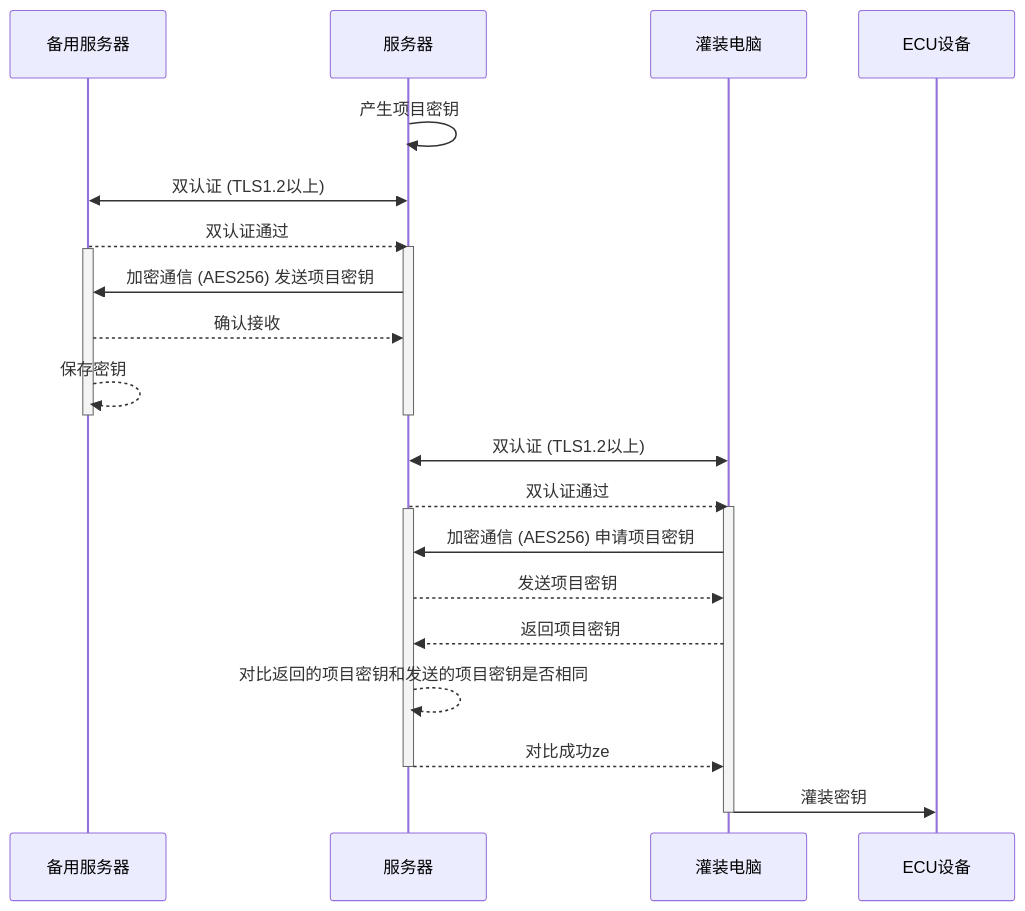
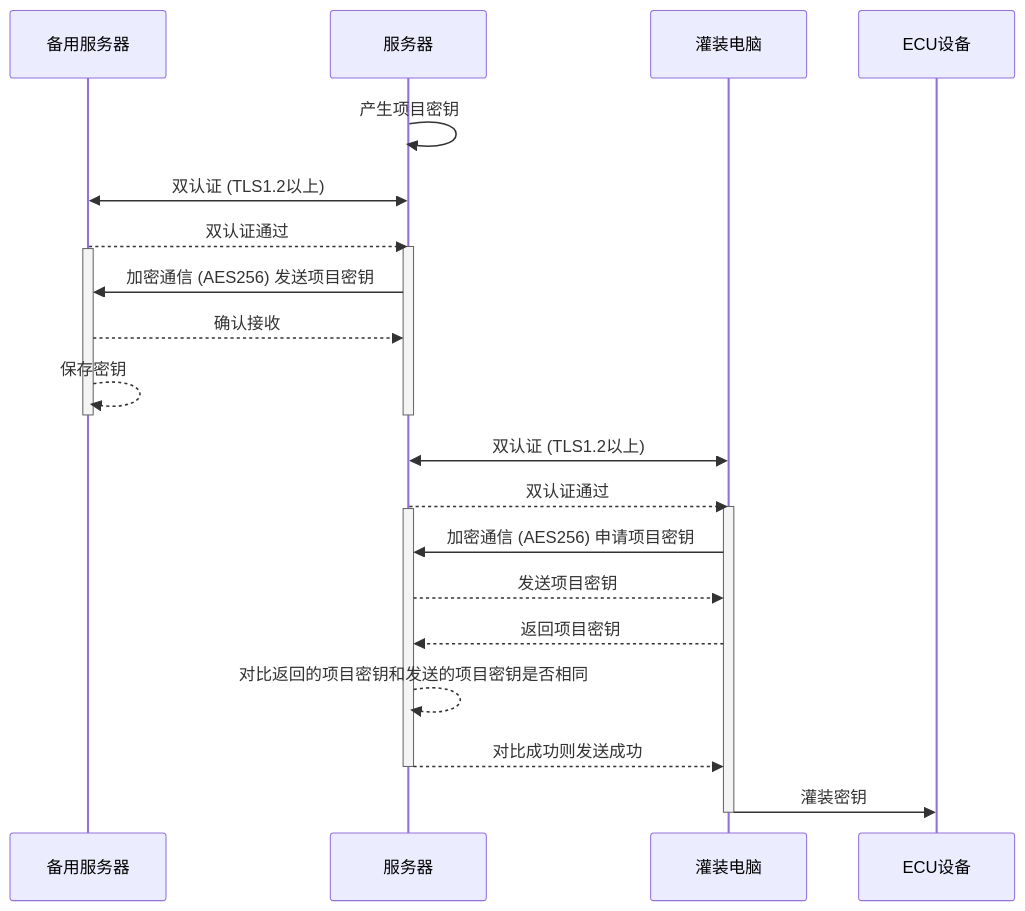
The diagram in all/未命名-10.md (facebook-cloud/iodraw-files), drawn with Mermaid before and after one commit.

Commit message:
2026-01-15 11:02:04 update

````diff
--- a/all/未命名-10.md
+++ b/all/未命名-10.md
@@ -1,32 +1,32 @@
 ```mermaid
 sequenceDiagram
     participant B as 备用服务器
     participant A as 服务器
     participant C as 灌装电脑
     participant D as ECU设备
 
     A->>A: 产生项目密钥
     A<<->>B: 双认证 (TLS1.2以上)
     B-->>A: 双认证通过
     activate A
     activate B
     A->>B: 加密通信 (AES256) 发送项目密钥
     B-->>A: 确认接收
     B-->>B: 保存密钥
     deactivate B
     deactivate A
 
     C<<->>A: 双认证 (TLS1.2以上)
     A-->>C: 双认证通过
     activate C
     activate A
     C->>A: 加密通信 (AES256) 申请项目密钥
     A-->>C: 发送项目密钥
     C-->>A: 返回项目密钥
     A-->>A: 对比返回的项目密钥和发送的项目密钥是否相同
-    A-->>C: 对比成功ze
+    A-->>C: 对比成功则发送成功
     deactivate A
     C->>D: 灌装密钥
     deactivate C
 
 ```
````
